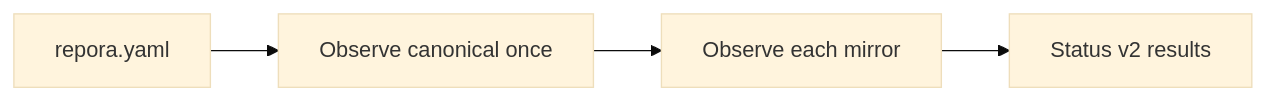
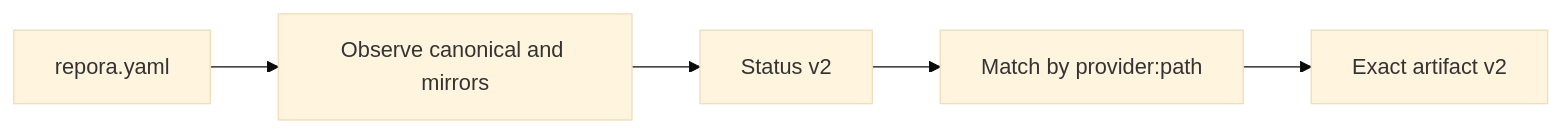
The first of 3 diagrams in README.md (hackelia-micrantha/repora), drawn with Mermaid (base theme) before and after one commit. The commit also changed other lines of this file, not shown here.

Commit message:
Update capabilities for multi-mirror dry-run

````diff
--- a/README.md
+++ b/README.md
@@ -64,6 +59,7 @@
 ```mermaid
 flowchart LR
-    Config[repora.yaml] --> Canonical[Observe canonical once]
-    Canonical --> Mirrors[Observe each mirror]
-    Mirrors --> Status[Status v2 results]
+    Config[repora.yaml] --> Observe[Observe canonical and mirrors]
+    Observe --> Status[Status v2]
+    Status --> Match[Match by provider:path]
+    Match --> Artifact[Exact artifact v2]
 ```
````
